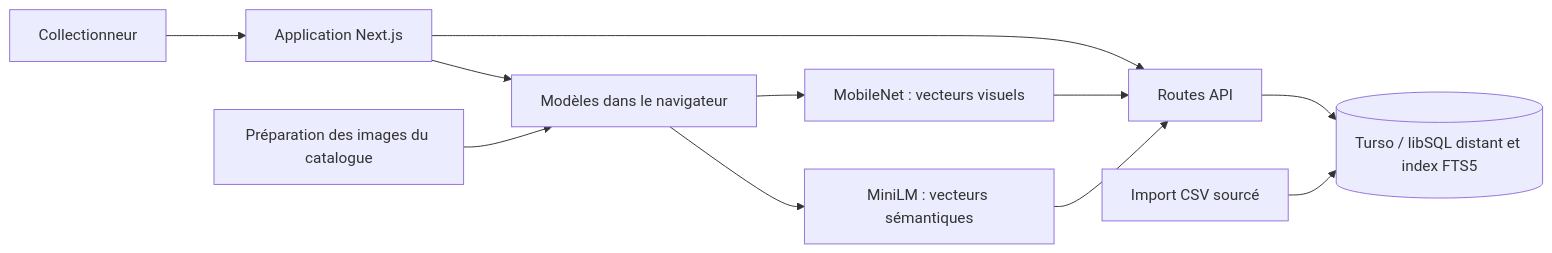
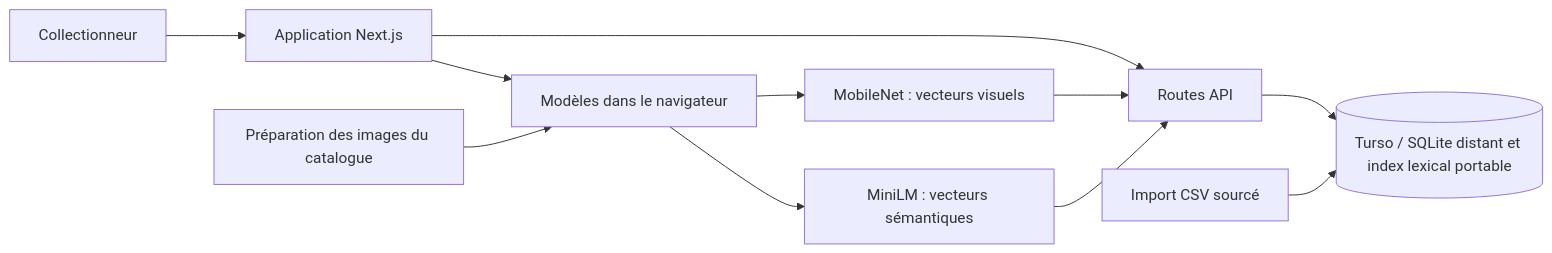
The first of 2 diagrams in docs/02-design.md (adagues/stamp-collection-webapp), drawn with Mermaid before and after one commit. The commit also changed other lines of this file and 9 other files, not shown here.

````diff
--- a/docs/02-design.md
+++ b/docs/02-design.md
@@ -7,13 +7,13 @@
 ```mermaid
 flowchart LR
   U[Collectionneur] --> N[Application Next.js]
   N --> M[Modèles dans le navigateur]
   M --> V[MobileNet : vecteurs visuels]
   M --> S[MiniLM : vecteurs sémantiques]
   N --> A[Routes API]
   V --> A
   S --> A
-  A --> D[(Turso / libSQL distant et index FTS5)]
+  A --> D[(Turso / SQLite distant et index lexical portable)]
   I[Import CSV sourcé] --> D
   P[Préparation des images du catalogue] --> M
 ```
````
